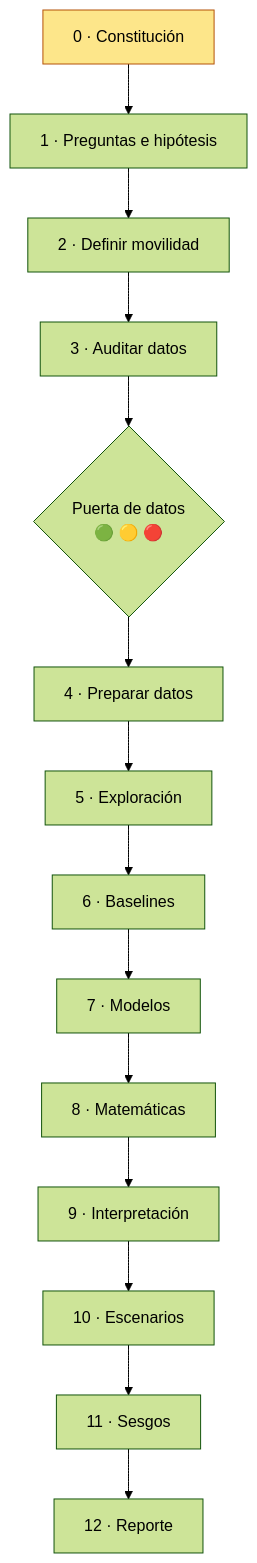
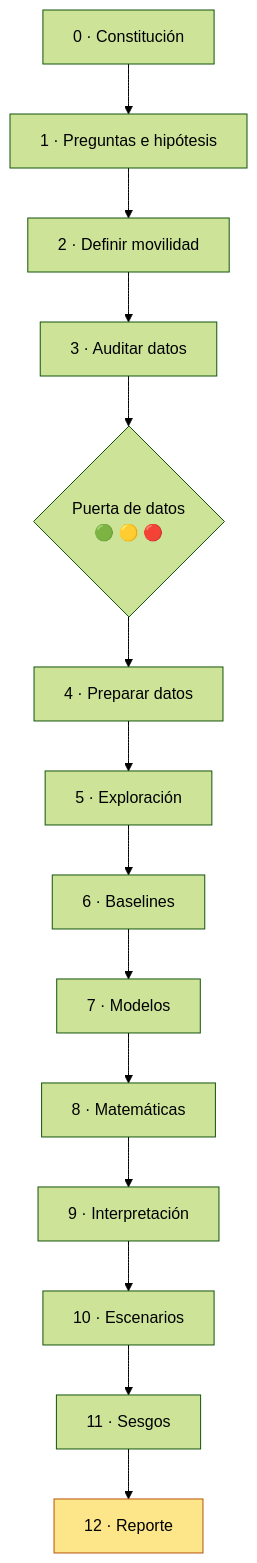
One commit to xmarihano-pixel/Movilidad-social- changed the second of 2 diagrams in README.md. Above: the diagram before and after it, drawn with Mermaid (forest theme). The commit also changed other lines of this file and 48 other files, not shown here.

First line of the commit message:
Ejecuta el roadmap completo: auditoría, índices, modelos, interpretación y validación

````diff
--- a/README.md
+++ b/README.md
@@ -28,8 +71,8 @@
 ```mermaid
 flowchart TD
     F0["0 · Constitución"] --> F1["1 · Preguntas e hipótesis"] --> F2["2 · Definir movilidad"] --> F3["3 · Auditar datos"]
     F3 --> G{"Puerta de datos<br/>🟢 🟡 🔴"}
     G --> F4["4 · Preparar datos"] --> F5["5 · Exploración"] --> F6["6 · Baselines"] --> F7["7 · Modelos"]
     F7 --> F8["8 · Matemáticas"] --> F9["9 · Interpretación"] --> F10["10 · Escenarios"] --> F11["11 · Sesgos"] --> F12["12 · Reporte"]
-    style F0 fill:#fde68a,stroke:#b45309
+    style F12 fill:#fde68a,stroke:#b45309
 ```
````
